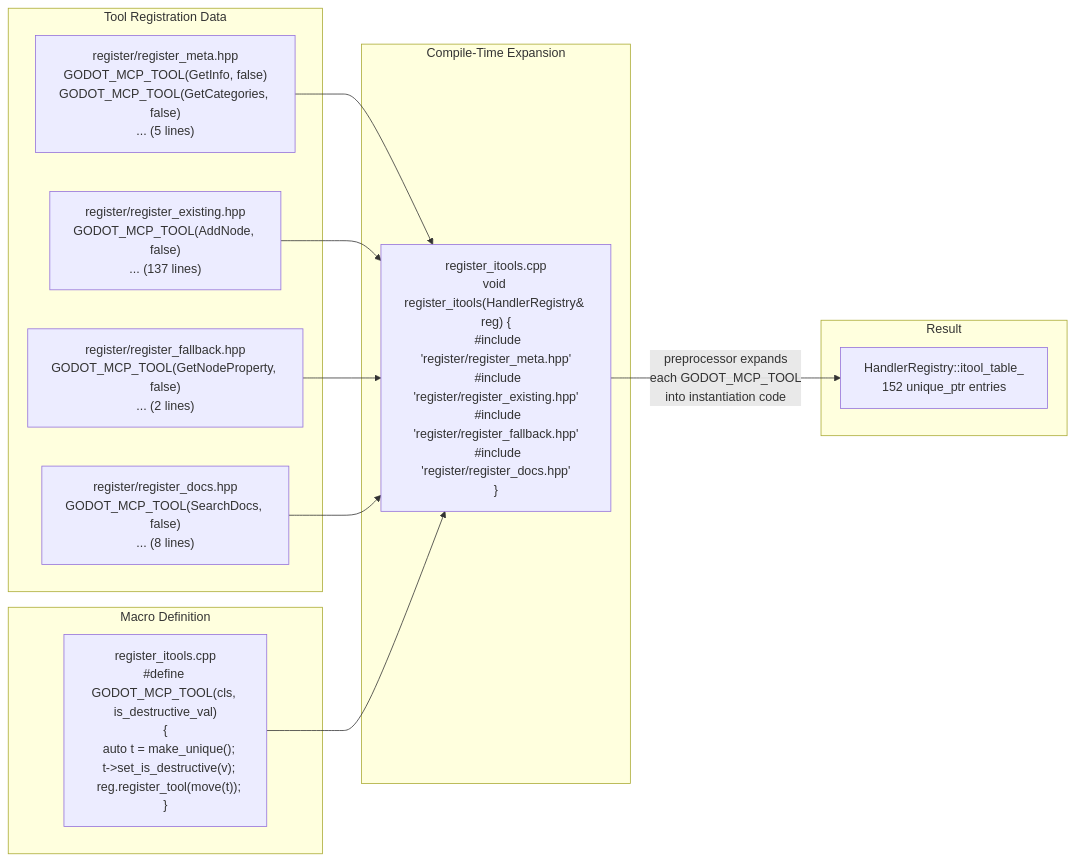
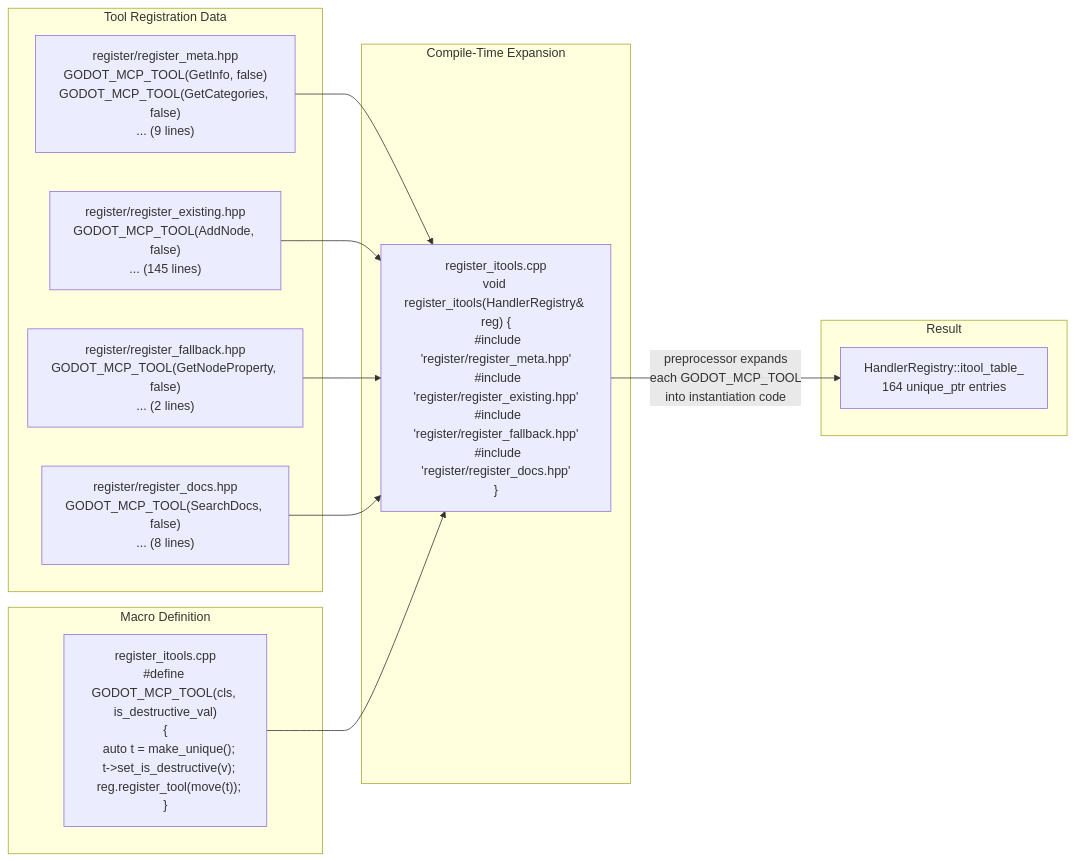
The third of 5 diagrams in .repo_wiki/concepts/tool-system-architecture.md (jesspig/GodotMCP-GDExtension), drawn with Mermaid before and after one commit. The commit also changed other lines of this file and 27 other files, not shown here.

````diff
--- a/.repo_wiki/concepts/tool-system-architecture.md
+++ b/.repo_wiki/concepts/tool-system-architecture.md
@@ -186,28 +186,28 @@
 ```mermaid
 flowchart LR
     subgraph Data["Tool Registration Data"]
-        META["register/register_meta.hpp<br/>GODOT_MCP_TOOL(GetInfo, false)<br/>GODOT_MCP_TOOL(GetCategories, false)<br/>... (5 lines)"]
-        EXIST["register/register_existing.hpp<br/>GODOT_MCP_TOOL(AddNode, false)<br/>... (137 lines)"]
+        META["register/register_meta.hpp<br/>GODOT_MCP_TOOL(GetInfo, false)<br/>GODOT_MCP_TOOL(GetCategories, false)<br/>... (9 lines)"]
+        EXIST["register/register_existing.hpp<br/>GODOT_MCP_TOOL(AddNode, false)<br/>... (145 lines)"]
         FALL["register/register_fallback.hpp<br/>GODOT_MCP_TOOL(GetNodeProperty, false)<br/>... (2 lines)"]
         DOCS["register/register_docs.hpp<br/>GODOT_MCP_TOOL(SearchDocs, false)<br/>... (8 lines)"]
     end
 
     subgraph Macro["Macro Definition"]
         DEF["register_itools.cpp<br/>#define GODOT_MCP_TOOL(cls, is_destructive_val)<br/>{<br/>  auto t = make_unique<cls>();<br/>  t->set_is_destructive(v);<br/>  reg.register_tool(move(t));<br/>}"]
     end
 
     subgraph Expansion["Compile-Time Expansion"]
         CPP["register_itools.cpp<br/>void register_itools(HandlerRegistry& reg) {<br/>  #include 'register/register_meta.hpp'<br/>  #include 'register/register_existing.hpp'<br/>  #include 'register/register_fallback.hpp'<br/>  #include 'register/register_docs.hpp'<br/>}"]
     end
 
     subgraph Result["Result"]
-        TABLE["HandlerRegistry::itool_table_<br/>152 unique_ptr<ITool> entries"]
+        TABLE["HandlerRegistry::itool_table_<br/>164 unique_ptr<ITool> entries"]
     end
 
     META --> CPP
     EXIST --> CPP
     FALL --> CPP
     DOCS --> CPP
     DEF --> CPP
     CPP -->|preprocessor expands<br/>each GODOT_MCP_TOOL<br/>into instantiation code| TABLE
 ```
````
